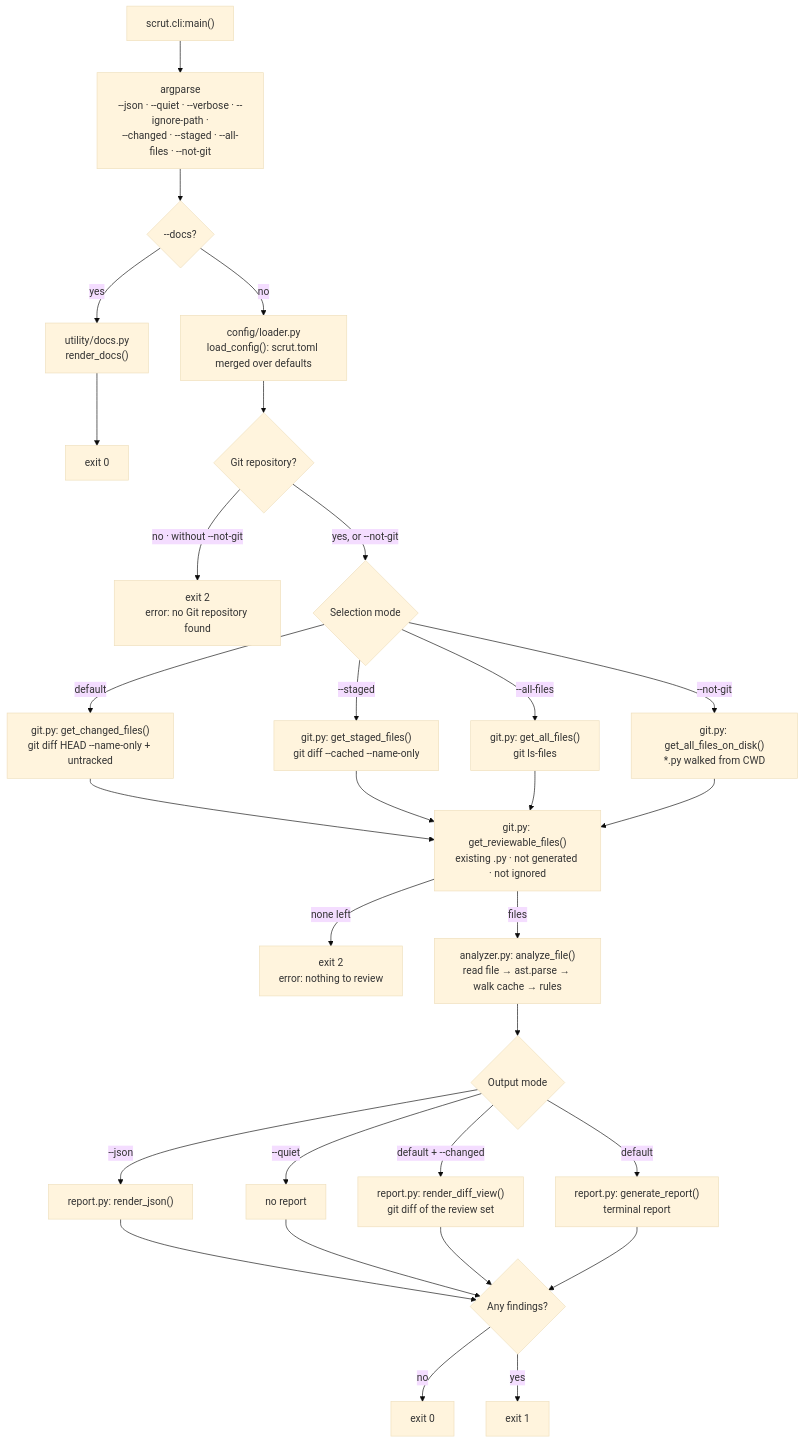
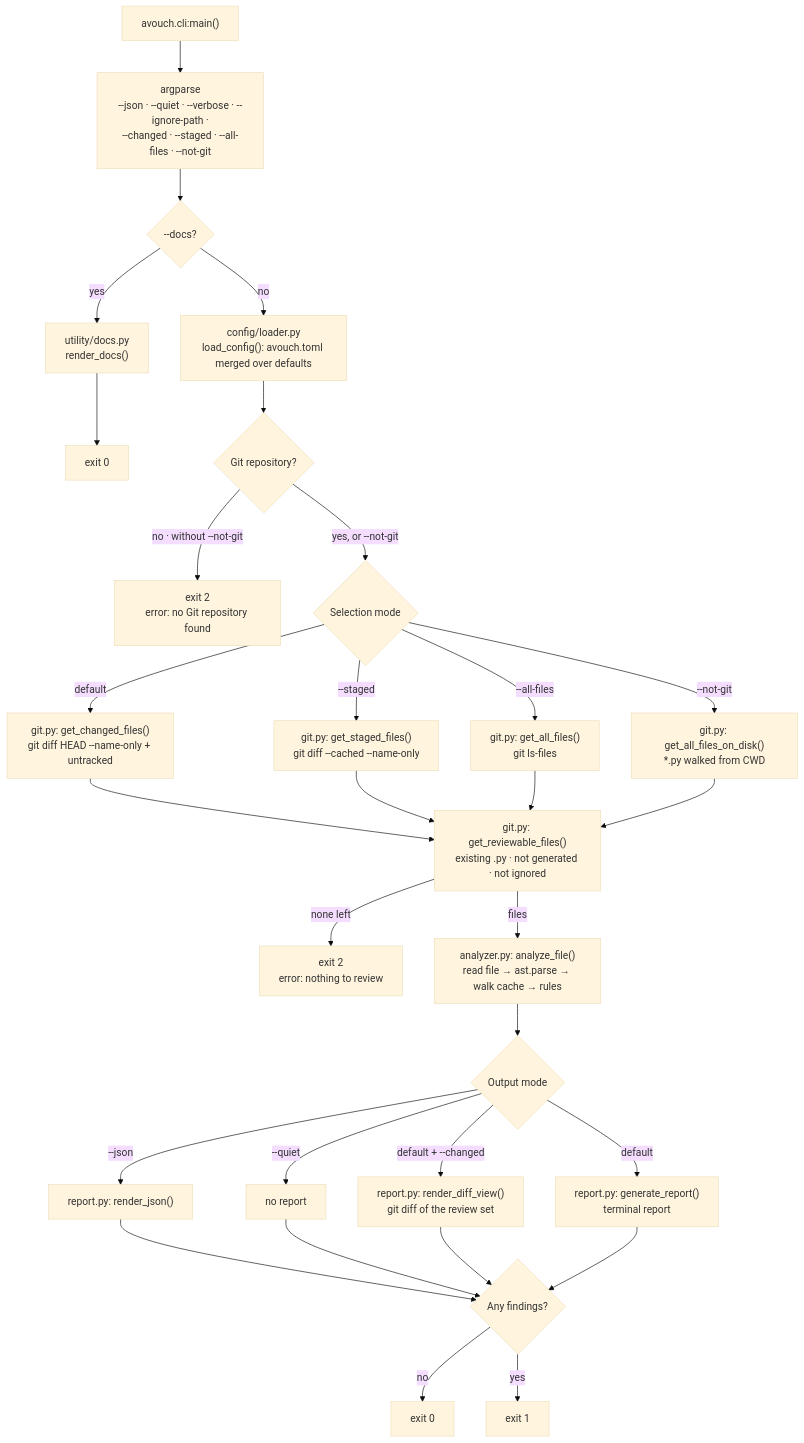
Before and after one commit to mukundzha/avouch: the first of 2 diagrams in README.md, drawn with Mermaid (base theme). The commit also changed other lines of this file and 26 other files, not shown here.

Commit message:
chore: rename scrut to avouch

````diff
--- a/README.md
+++ b/README.md
@@ -841,32 +872,32 @@
 ```mermaid
 flowchart TD
-    M["scrut.cli:main()"] --> P["argparse<br/>--json · --quiet · --verbose · --ignore-path ·<br/>--changed · --staged · --all-files · --not-git"]
+    M["avouch.cli:main()"] --> P["argparse<br/>--json · --quiet · --verbose · --ignore-path ·<br/>--changed · --staged · --all-files · --not-git"]
     P --> PD{"--docs?"}
     PD -- "yes" --> D["utility/docs.py<br/>render_docs()"]
     D --> X0["exit 0"]
-    PD -- "no" --> C["config/loader.py<br/>load_config(): scrut.toml merged over defaults"]
+    PD -- "no" --> C["config/loader.py<br/>load_config(): avouch.toml merged over defaults"]
     C --> G{"Git repository?"}
     G -- "no · without --not-git" --> EX2A["exit 2<br/>error: no Git repository found"]
     G -- "yes, or --not-git" --> S{"Selection mode"}
     S -- "--not-git" --> F4["git.py: get_all_files_on_disk()<br/>*.py walked from CWD"]
     S -- "--all-files" --> F3["git.py: get_all_files()<br/>git ls-files"]
     S -- "--staged" --> F2["git.py: get_staged_files()<br/>git diff --cached --name-only"]
     S -- "default" --> F1["git.py: get_changed_files()<br/>git diff HEAD --name-only + untracked"]
     F1 --> R["git.py: get_reviewable_files()<br/>existing .py · not generated · not ignored"]
     F2 --> R
     F3 --> R
     F4 --> R
     R -- "none left" --> EX2B["exit 2<br/>error: nothing to review"]
     R -- "files" --> A["analyzer.py: analyze_file()<br/>read file → ast.parse → walk cache → rules"]
     A --> O{"Output mode"}
     O -- "--json" --> J["report.py: render_json()"]
     O -- "--quiet" --> Q["no report"]
     O -- "default + --changed" --> DIF["report.py: render_diff_view()<br/>git diff of the review set"]
     O -- "default" --> H["report.py: generate_report()<br/>terminal report"]
     J --> E{"Any findings?"}
     Q --> E
     DIF --> E
     H --> E
     E -- "no" --> EX0["exit 0"]
     E -- "yes" --> EX1["exit 1"]
 ```
````
